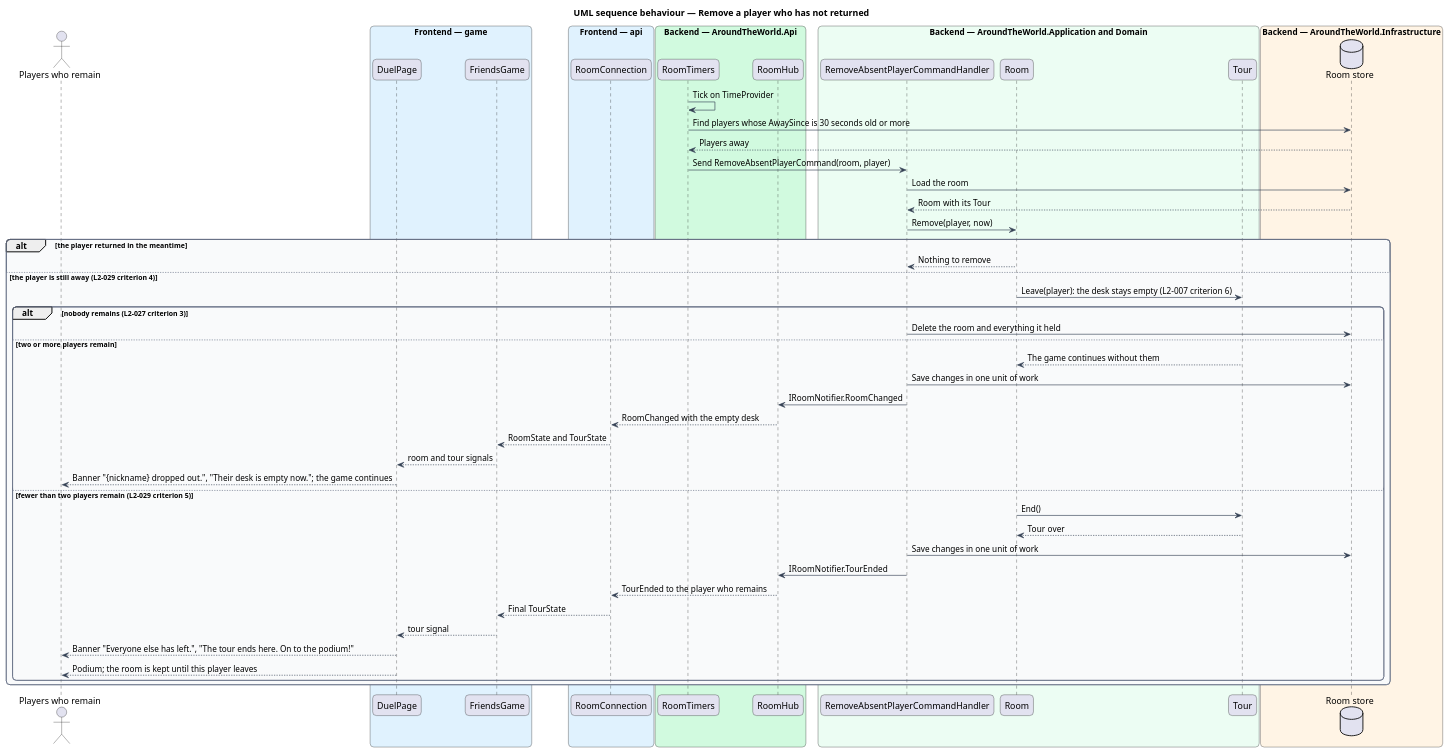
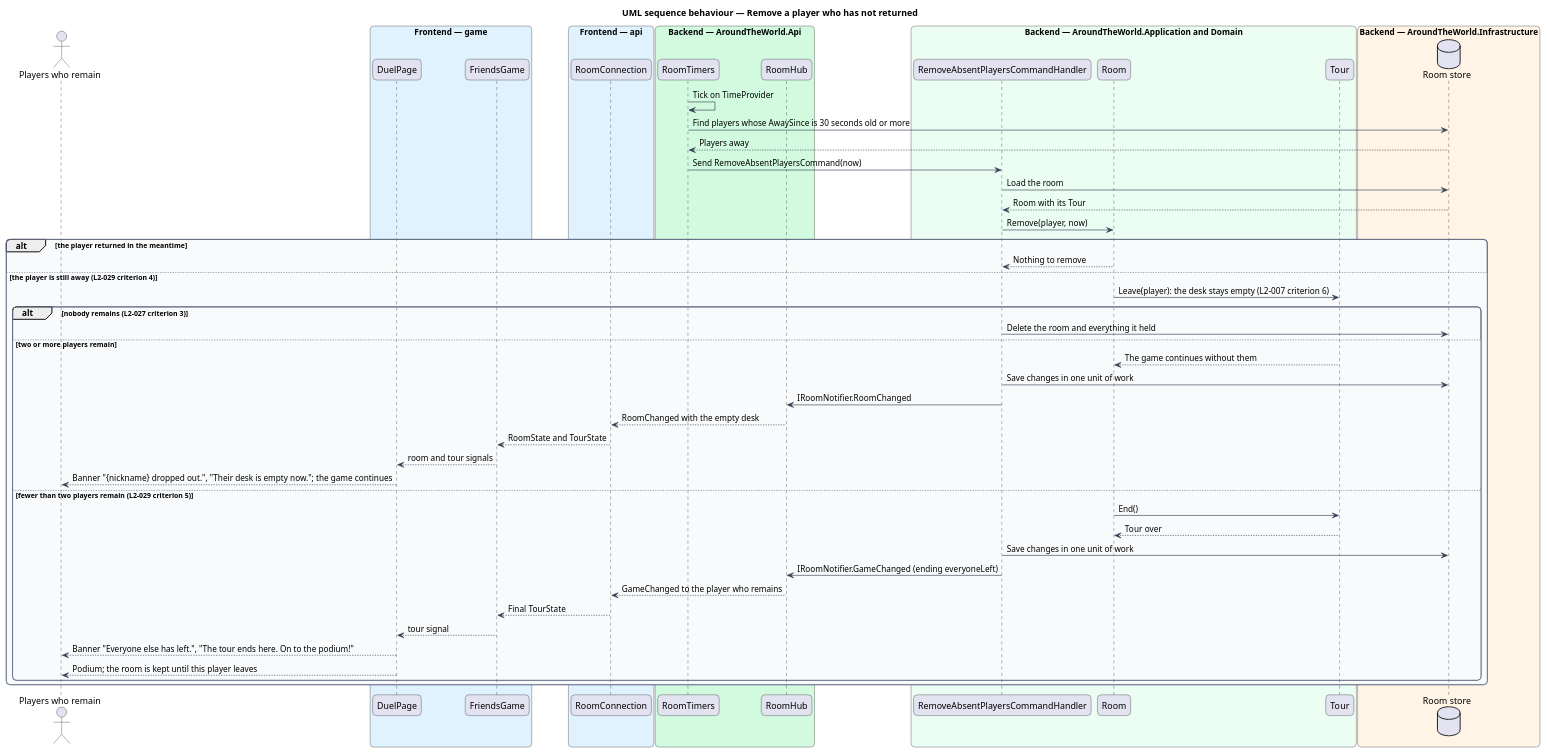
Before and after one commit to QuinntyneBrown/around-the-world: the diagram in docs/detailed-designs/rooms/return-after-lost-connection/diagrams/sequence-remove-absent-player.puml, drawn with PlantUML. The commit also changed 9 other files, not shown here.

First line of the commit message:
Journey 16: align the design's diagrams, mark it complete and record its lessons

```diff
--- a/docs/detailed-designs/rooms/return-after-lost-connection/diagrams/sequence-remove-absent-player.puml
+++ b/docs/detailed-designs/rooms/return-after-lost-connection/diagrams/sequence-remove-absent-player.puml
@@ -1,70 +1,70 @@
 @startuml
 title UML sequence behaviour — Remove a player who has not returned
 skinparam backgroundColor #FFFFFF
 skinparam shadowing false
 skinparam roundcorner 12
 skinparam defaultFontName Arial
 skinparam ArrowColor #344054
 skinparam rectangle {
   BorderColor #344054
   FontColor #101828
 }
 skinparam package {
   BorderColor #667085
   FontColor #101828
   BackgroundColor #F9FAFB
 }
 actor "Players who remain" as others
 box "Frontend — game" #E0F2FE
   participant "DuelPage" as page
   participant "FriendsGame" as session
 end box
 box "Frontend — api" #E0F2FE
   participant "RoomConnection" as conn
 end box
 box "Backend — AroundTheWorld.Api" #D1FADF
   participant "RoomTimers" as timers
   participant "RoomHub" as hub
 end box
 box "Backend — AroundTheWorld.Application and Domain" #ECFDF3
-  participant "RemoveAbsentPlayerCommandHandler" as handler
+  participant "RemoveAbsentPlayersCommandHandler" as handler
   participant "Room" as room
   participant "Tour" as tour
 end box
 box "Backend — AroundTheWorld.Infrastructure" #FFF4E5
   database "Room store" as db
 end box
 timers -> timers : Tick on TimeProvider
 timers -> db : Find players whose AwaySince is 30 seconds old or more
 db --> timers : Players away
-timers -> handler : Send RemoveAbsentPlayerCommand(room, player)
+timers -> handler : Send RemoveAbsentPlayersCommand(now)
 handler -> db : Load the room
 db --> handler : Room with its Tour
 handler -> room : Remove(player, now)
 alt the player returned in the meantime
   room --> handler : Nothing to remove
 else the player is still away (L2-029 criterion 4)
   room -> tour : Leave(player): the desk stays empty (L2-007 criterion 6)
   alt nobody remains (L2-027 criterion 3)
     handler -> db : Delete the room and everything it held
   else two or more players remain
     tour --> room : The game continues without them
     handler -> db : Save changes in one unit of work
     handler -> hub : IRoomNotifier.RoomChanged
     hub --> conn : RoomChanged with the empty desk
     conn --> session : RoomState and TourState
     session --> page : room and tour signals
     page --> others : Banner "{nickname} dropped out.", "Their desk is empty now."; the game continues
   else fewer than two players remain (L2-029 criterion 5)
     room -> tour : End()
     tour --> room : Tour over
     handler -> db : Save changes in one unit of work
-    handler -> hub : IRoomNotifier.TourEnded
-    hub --> conn : TourEnded to the player who remains
+    handler -> hub : IRoomNotifier.GameChanged (ending everyoneLeft)
+    hub --> conn : GameChanged to the player who remains
     conn --> session : Final TourState
     session --> page : tour signal
     page --> others : Banner "Everyone else has left.", "The tour ends here. On to the podium!"
     page --> others : Podium; the room is kept until this player leaves
   end
 end
 @enduml
```
